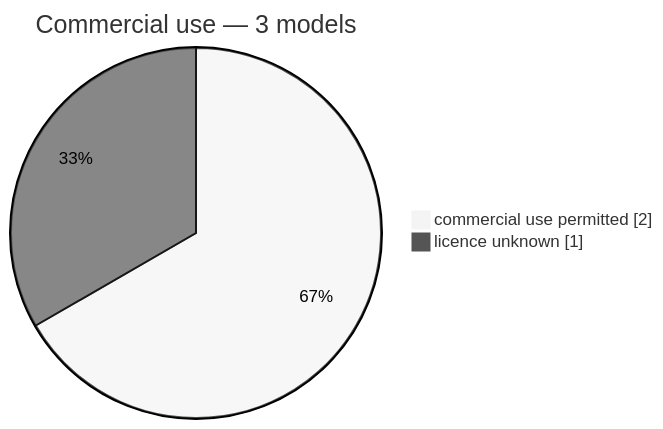
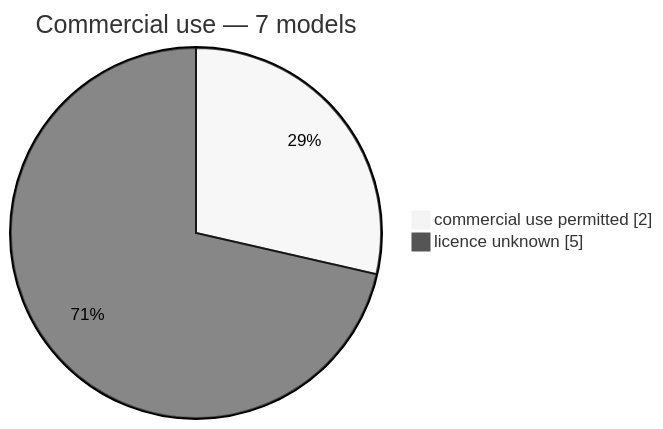
Before and after one commit to karolmajek/torment-nexus: diagram 32 of 32 in results/table.md, drawn with Mermaid (neutral theme). The commit also changed other lines of this file and 71 other files, not shown here.

````diff
--- a/results/table.md
+++ b/results/table.md
@@ -273,6 +1168,6 @@
 ```mermaid
 pie showData
-    title Commercial use — 3 models
+    title Commercial use — 7 models
     "commercial use permitted" : 2
-    "licence unknown" : 1
+    "licence unknown" : 5
 ```
````
